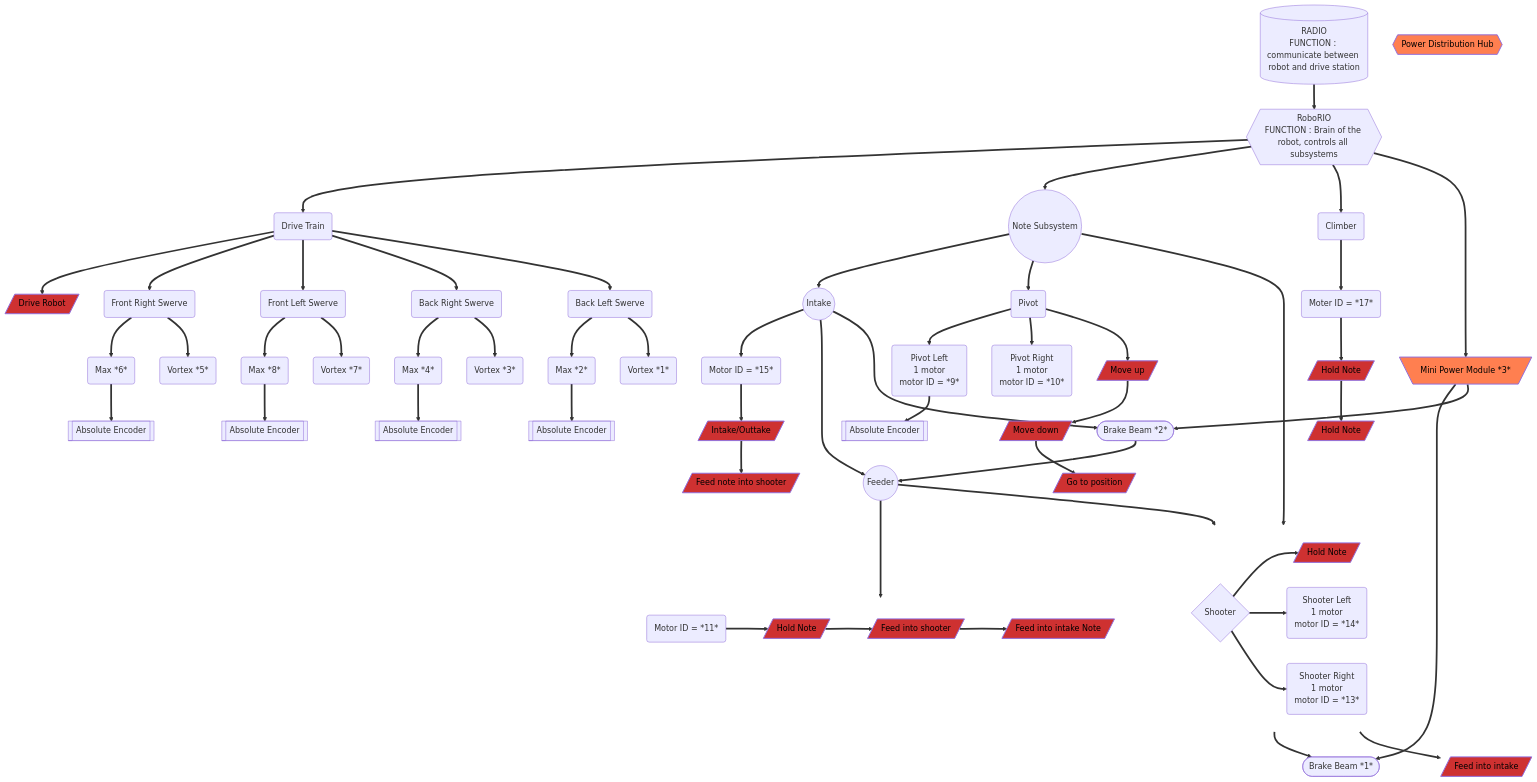
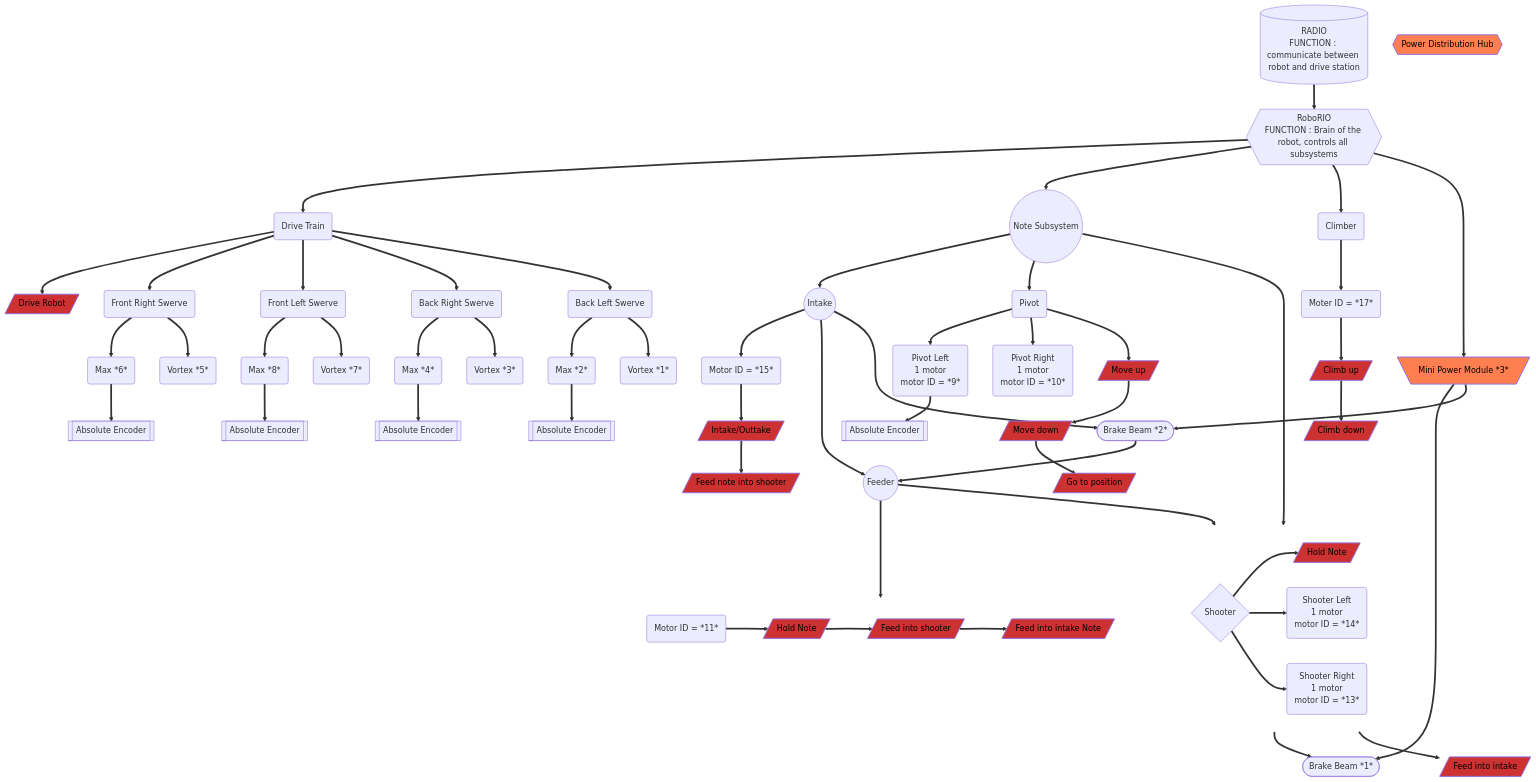
One commit to richardson-area-wide-robotics/Frc24-Crescendo-1745-OffSeason-AdvantageKit changed the diagram in tony_graphs.md. Above: the diagram before and after it, drawn with Mermaid.

```diff
--- a/tony_graphs.md
+++ b/tony_graphs.md
@@ -70,8 +70,8 @@
     FUNCSHOOTER[/Hold Note/] ==>FUNCSHOOTER2;
     FUNCSHOOTER2[/Feed into intake/];
 
-    FUNCCLIMBER1[/Hold Note/]==>FUNCCLIMBER2
-    FUNCCLIMBER2[/Hold Note/]
+    FUNCCLIMBER1[/Climb up/]==>FUNCCLIMBER2
+    FUNCCLIMBER2[/Climb down/]
 
     PivotSystem==>FUNCPIVOT1[/Move up/]==>FUNCPIVOT2;
     FUNCPIVOT2[/Move down/]==>FUNCPIVOT3;
```
